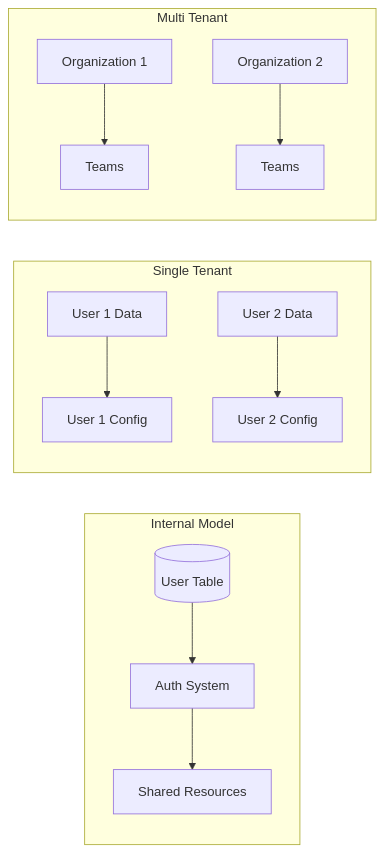
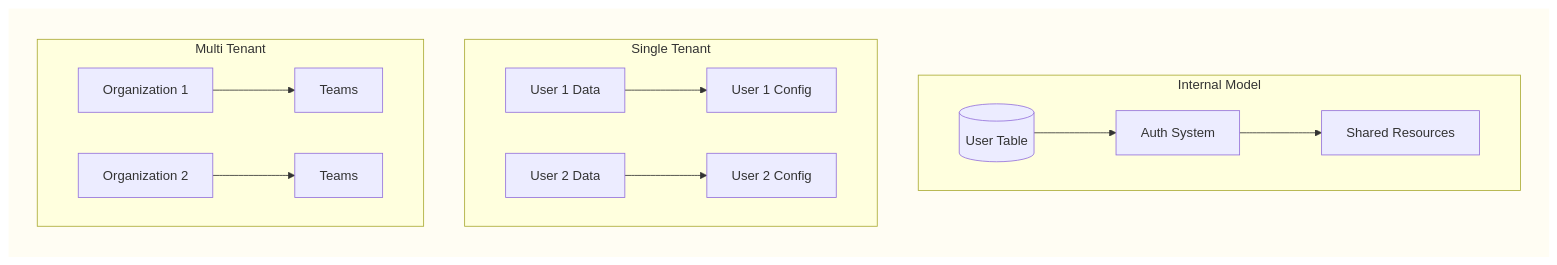
One commit to codevibesmatter/admin-cloudflare changed diagram 12 of 12 in docs/ARCHITECTURE.md. Above: the diagram before and after it, drawn with Mermaid. The commit also changed other lines of this file and 18 other files, not shown here.

````diff
--- a/docs/ARCHITECTURE.md
+++ b/docs/ARCHITECTURE.md
@@ -742,31 +760,34 @@
 ```mermaid
 graph LR
-    subgraph Internal["Internal Model"]
-        Users[("User Table")]
-        Auth["Auth System"]
-        Resources["Shared Resources"]
+    subgraph bg [" "]
+        style bg fill:#fffdf3,stroke:none
+        subgraph Internal["Internal Model"]
+            Users[("User Table")]
+            Auth["Auth System"]
+            Resources["Shared Resources"]
+        end
+
+        subgraph Single["Single Tenant"]
+            User1["User 1 Data"]
+            User2["User 2 Data"]
+            Config1["User 1 Config"]
+            Config2["User 2 Config"]
+        end
+
+        subgraph Multi["Multi Tenant"]
+            Org1["Organization 1"]
+            Org2["Organization 2"]
+            Teams1["Teams"]
+            Teams2["Teams"]
+        end
+
+        Users --> Auth
+        Auth --> Resources
+        
+        User1 --> Config1
+        User2 --> Config2
+        
+        Org1 --> Teams1
+        Org2 --> Teams2
     end
-
-    subgraph Single["Single Tenant"]
-        User1["User 1 Data"]
-        User2["User 2 Data"]
-        Config1["User 1 Config"]
-        Config2["User 2 Config"]
-    end
-
-    subgraph Multi["Multi Tenant"]
-        Org1["Organization 1"]
-        Org2["Organization 2"]
-        Teams1["Teams"]
-        Teams2["Teams"]
-    end
-
-    Users --> Auth
-    Auth --> Resources
-    
-    User1 --> Config1
-    User2 --> Config2
-    
-    Org1 --> Teams1
-    Org2 --> Teams2
 ```
````
